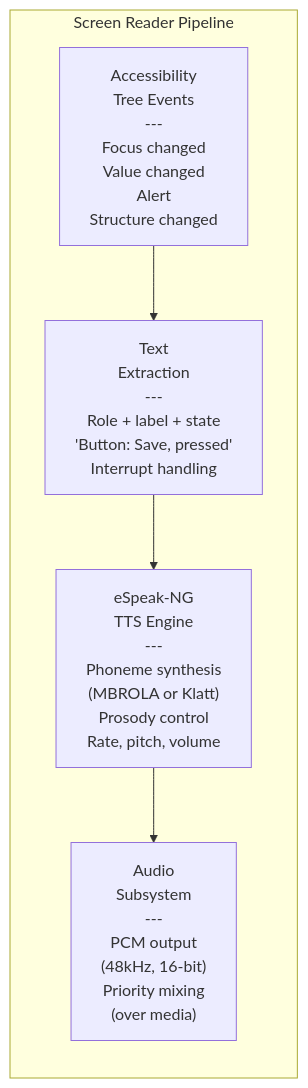
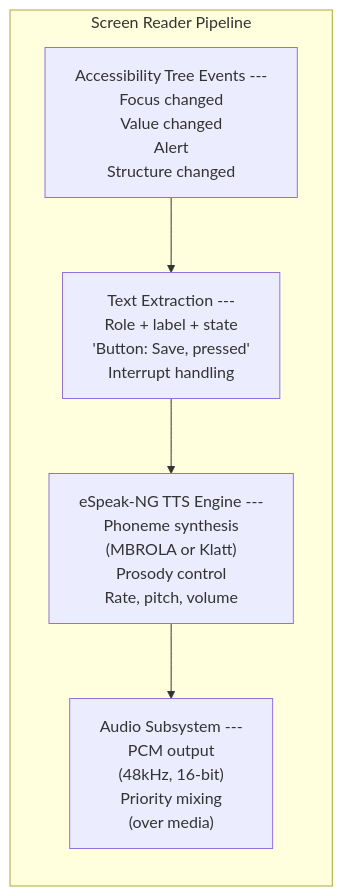
One commit to juslee/aios changed the third of 11 diagrams in docs/experience/accessibility.md. Above: the diagram before and after it, drawn with Mermaid. The commit also changed other lines of this file and 24 other files, not shown here.

First line of the commit message:
Upgrade all 132 Mermaid diagrams to v11 syntax across 25 docs

````diff
--- a/docs/experience/accessibility.md
+++ b/docs/experience/accessibility.md
@@ -183,11 +191,34 @@
 ```mermaid
-graph LR
+flowchart LR
     subgraph SRP["Screen Reader Pipeline"]
-        ATE["Accessibility<br/>Tree Events<br/>---<br/>Focus changed<br/>Value changed<br/>Alert<br/>Structure changed"]
-        TE["Text<br/>Extraction<br/>---<br/>Role + label + state<br/>'Button: Save, pressed'<br/>Interrupt handling"]
-        TTS["eSpeak-NG<br/>TTS Engine<br/>---<br/>Phoneme synthesis<br/>(MBROLA or Klatt)<br/>Prosody control<br/>Rate, pitch, volume"]
-        AO["Audio<br/>Subsystem<br/>---<br/>PCM output<br/>(48kHz, 16-bit)<br/>Priority mixing<br/>(over media)"]
+        ATE["`Accessibility
+Tree Events
+---
+Focus changed
+Value changed
+Alert
+Structure changed`"]
+        TE["`Text
+Extraction
+---
+Role + label + state
+'Button: Save, pressed'
+Interrupt handling`"]
+        TTS["`eSpeak-NG
+TTS Engine
+---
+Phoneme synthesis
+(MBROLA or Klatt)
+Prosody control
+Rate, pitch, volume`"]
+        AO["`Audio
+Subsystem
+---
+PCM output
+(48kHz, 16-bit)
+Priority mixing
+(over media)`"]
 
         ATE --> TE --> TTS --> AO
     end
 ```
````
